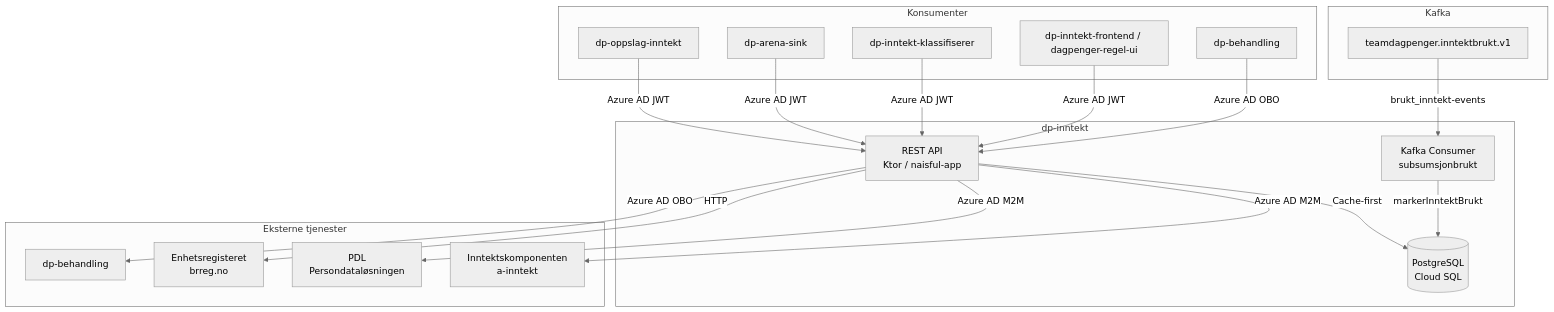
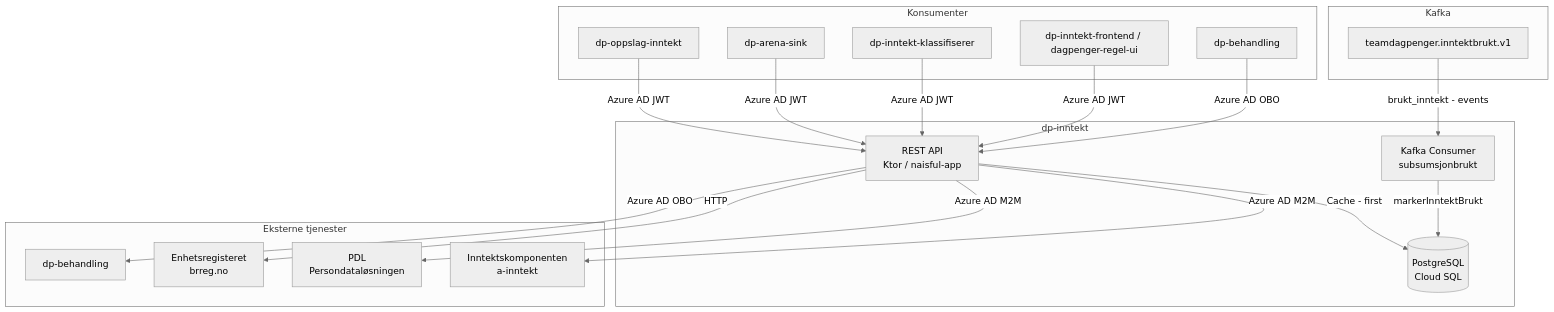
Before and after one commit to navikt/dp-inntekt: the second of 3 diagrams in docs/arkitektur.md, drawn with Mermaid (neutral theme). The commit also changed other lines of this file, not shown here.

````diff
--- a/docs/arkitektur.md
+++ b/docs/arkitektur.md
@@ -43,42 +48,40 @@
 ```mermaid
 graph TD
     subgraph Konsumenter
         A[dp-oppslag-inntekt]
         B[dp-arena-sink]
         C[dp-inntekt-klassifiserer]
         D[dp-inntekt-frontend / dagpenger-regel-ui]
         E[dp-behandling]
     end
 
     subgraph dp-inntekt
         API[REST API\nKtor / naisful-app]
         DB[(PostgreSQL\nCloud SQL)]
         KC[Kafka Consumer\nsubsumsjonbrukt]
     end
 
     subgraph Eksterne tjenester
         IK[Inntektskomponenten\na-inntekt]
         PDL[PDL\nPersondataløsningen]
         ER[Enhetsregisteret\nbrreg.no]
         DPB[dp-behandling]
     end
 
     subgraph Kafka
         T[teamdagpenger.inntektbrukt.v1]
     end
 
     A -->|Azure AD JWT| API
     B -->|Azure AD JWT| API
     C -->|Azure AD JWT| API
     D -->|Azure AD JWT| API
     E -->|Azure AD OBO| API
-
-    API -->|Cache-first| DB
+    API -->|Cache - first| DB
     API -->|Azure AD M2M| IK
     API -->|Azure AD M2M| PDL
     API -->|HTTP| ER
     API -->|Azure AD OBO| DPB
-
-    T -->|brukt_inntekt-events| KC
+    T -->|brukt_inntekt - events| KC
     KC -->|markerInntektBrukt| DB
 ```
````
